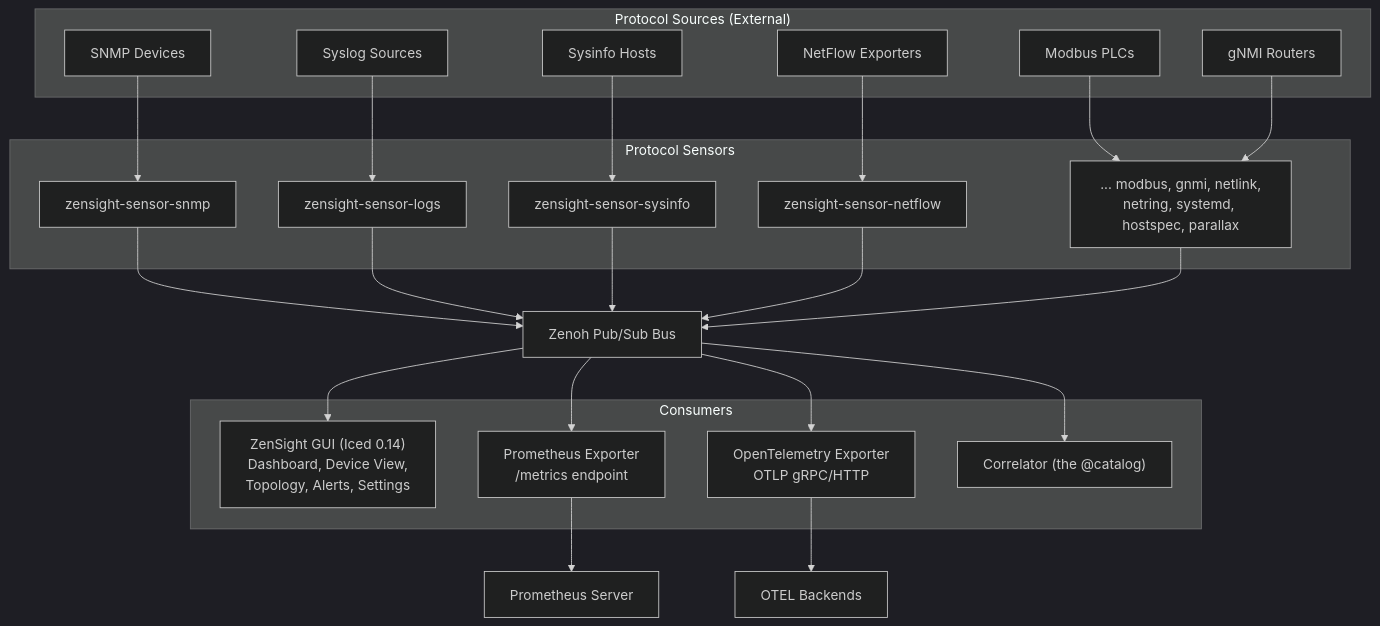
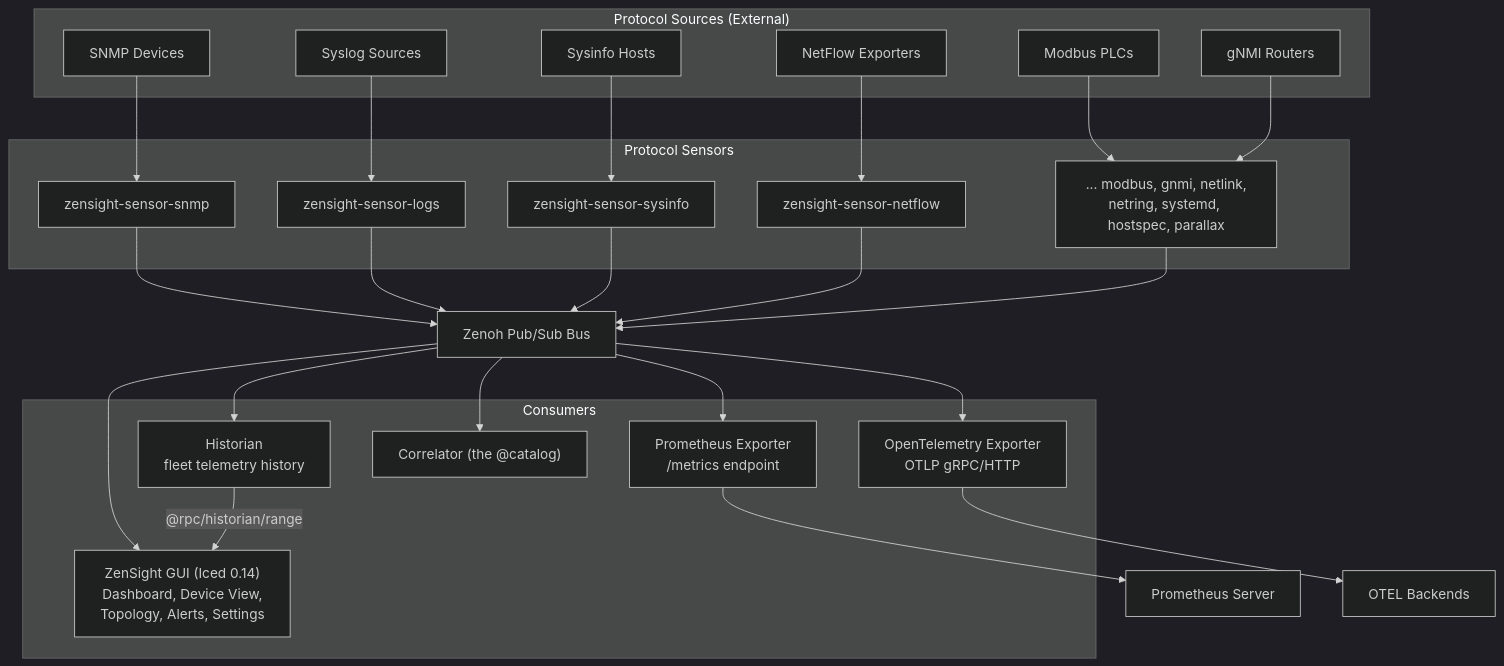
The first of 8 diagrams in docs/ARCHITECTURE.md (p13marc/zensight), drawn with Mermaid (dark theme) before and after one commit. The commit also changed other lines of this file and 3 other files, not shown here.

````diff
--- a/docs/ARCHITECTURE.md
+++ b/docs/ARCHITECTURE.md
@@ -7,49 +7,52 @@
 ```mermaid
 flowchart TD
     subgraph Sources["Protocol Sources (External)"]
         SNMPDev["SNMP Devices"]
         SyslogSrc["Syslog Sources"]
         SysinfoHosts["Sysinfo Hosts"]
         NetFlowExp["NetFlow Exporters"]
         ModbusPLC["Modbus PLCs"]
         GnmiRouters["gNMI Routers"]
     end
 
     subgraph Sensors["Protocol Sensors"]
         SnmpSensor["zensight-sensor-snmp"]
         LogsSensor["zensight-sensor-logs"]
         SysinfoSensor["zensight-sensor-sysinfo"]
         NetflowSensor["zensight-sensor-netflow"]
         OtherSensors["... modbus, gnmi, netlink,<br/>netring, systemd, hostspec, parallax"]
     end
 
     SNMPDev --> SnmpSensor
     SyslogSrc --> LogsSensor
     SysinfoHosts --> SysinfoSensor
     NetFlowExp --> NetflowSensor
     ModbusPLC --> OtherSensors
     GnmiRouters --> OtherSensors
 
     Bus["Zenoh Pub/Sub Bus"]
 
     SnmpSensor --> Bus
     LogsSensor --> Bus
     SysinfoSensor --> Bus
     NetflowSensor --> Bus
     OtherSensors --> Bus
 
     subgraph Consumers["Consumers"]
         GUI["ZenSight GUI (Iced 0.14)<br/>Dashboard, Device View,<br/>Topology, Alerts, Settings"]
         Prom["Prometheus Exporter<br/>/metrics endpoint"]
         OTel["OpenTelemetry Exporter<br/>OTLP gRPC/HTTP"]
         Correlator["Correlator (the @catalog)"]
+        Historian["Historian<br/>fleet telemetry history"]
     end
 
     Bus --> GUI
     Bus --> Prom
     Bus --> OTel
     Bus --> Correlator
+    Bus --> Historian
+    Historian -->|"@rpc/historian/range"| GUI
 
     Prom --> PromServer["Prometheus Server"]
     OTel --> OTelBackend["OTEL Backends"]
 ```
````
